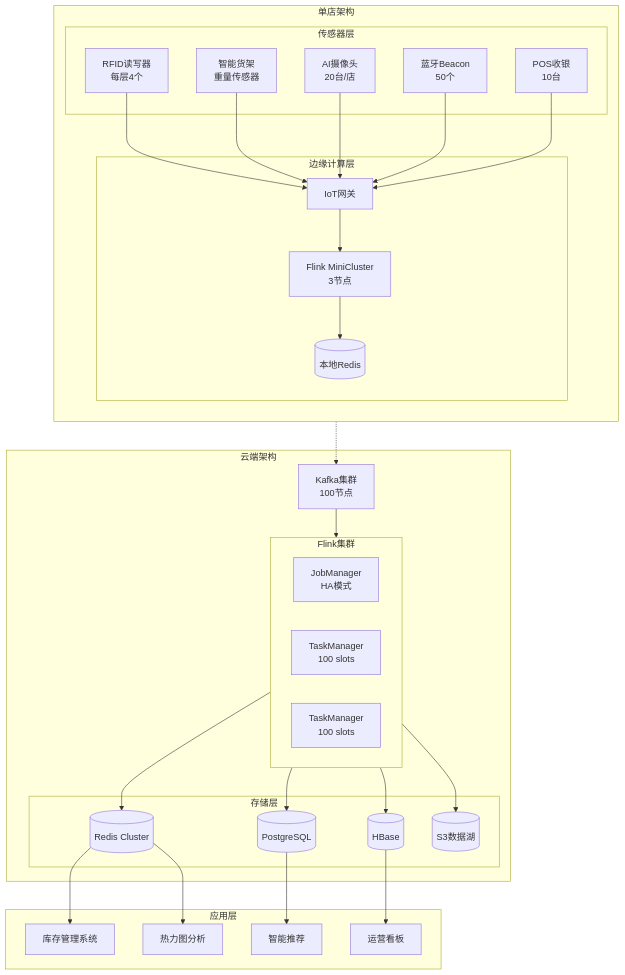
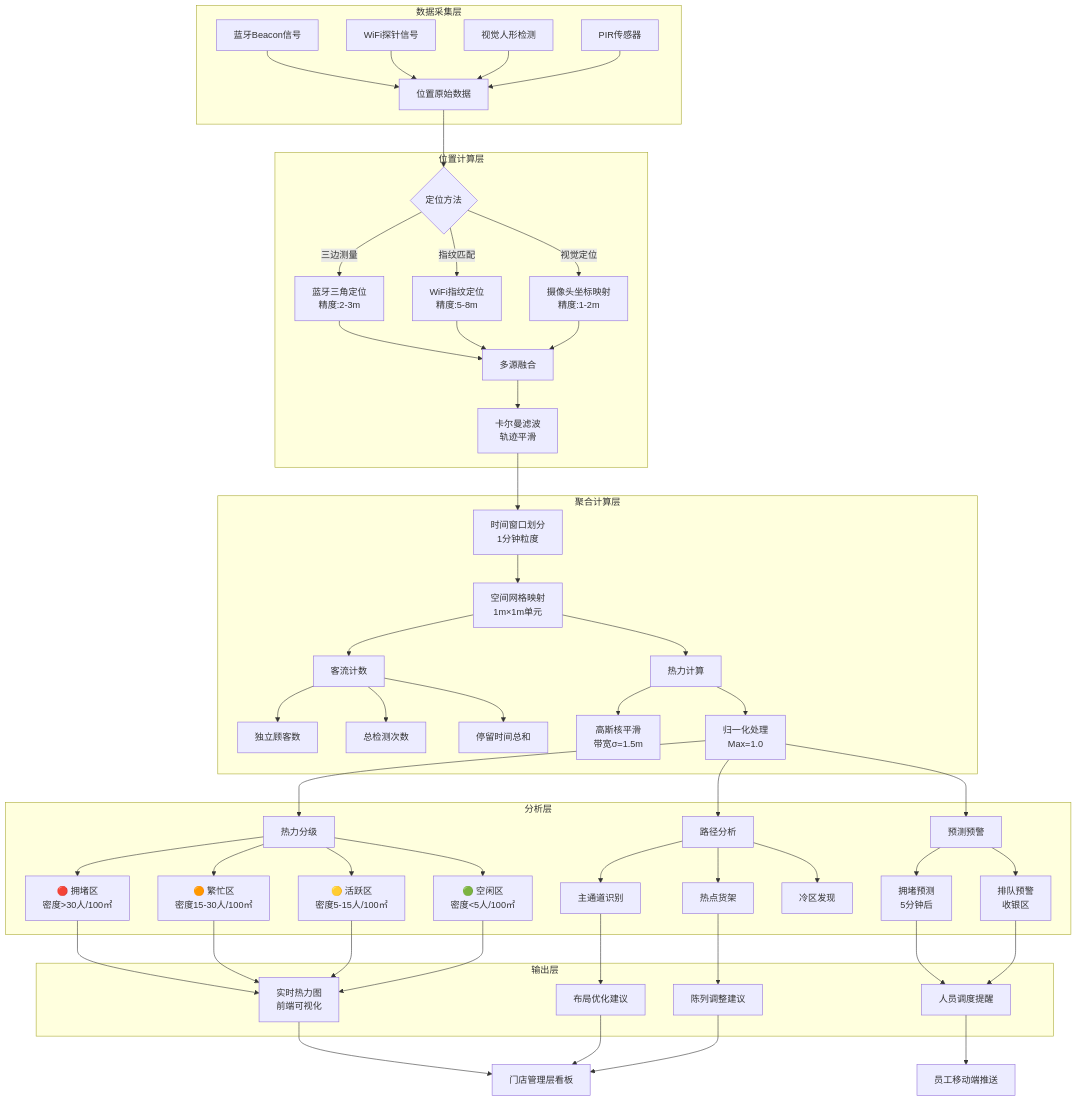
One commit to AdaMartin18010/AnalysisDataFlow changed the eighth of 10 diagrams in Flink-IoT-Authority-Alignment/Phase-7-Smart-Retail/case-smart-retail-complete.md. Above: the diagram before and after it, drawn with Mermaid. The commit also changed other lines of this file and 8 other files, not shown here.

````diff
--- a/Flink-IoT-Authority-Alignment/Phase-7-Smart-Retail/case-smart-retail-complete.md
+++ b/Flink-IoT-Authority-Alignment/Phase-7-Smart-Retail/case-smart-retail-complete.md
@@ -96,65 +4933,70 @@
 ```mermaid
-graph TB
-    subgraph Store[单店架构]
-        direction TB
-
-        subgraph Sensors[传感器层]
-            RFID[RFID读写器<br/>每层4个]
-            Weight[智能货架<br/>重量传感器]
-            Cam[AI摄像头<br/>20台/店]
-            Beacon[蓝牙Beacon<br/>50个]
-            POS[POS收银<br/>10台]
-        end
-
-        subgraph Edge[边缘计算层]
-            GW[IoT网关]
-            EdgeFlink[Flink MiniCluster<br/>3节点]
-            LocalDB[(本地Redis)]
-        end
+flowchart TD
+    subgraph DataCollection[数据采集层]
+        A1[蓝牙Beacon信号] --> A[位置原始数据]
+        A2[WiFi探针信号] --> A
+        A3[视觉人形检测] --> A
+        A4[PIR传感器] --> A
     end
 
-    subgraph Cloud[云端架构]
-        Kafka[Kafka集群<br/>100节点]
+    subgraph Positioning[位置计算层]
+        A --> B{定位方法}
+        B -->|三边测量| C1[蓝牙三角定位<br/>精度:2-3m]
+        B -->|指纹匹配| C2[WiFi指纹定位<br/>精度:5-8m]
+        B -->|视觉定位| C3[摄像头坐标映射<br/>精度:1-2m]
 
-        subgraph FlinkCluster[Flink集群]
-            JM[JobManager<br/>HA模式]
-            TM1[TaskManager<br/>100 slots]
-            TM2[TaskManager<br/>100 slots]
-        end
+        C1 --> D[多源融合]
+        C2 --> D
+        C3 --> D
 
-        subgraph Storage[存储层]
-            Redis[(Redis Cluster)]
-            PG[(PostgreSQL)]
-            HBase[(HBase)]
-            S3[(S3数据湖)]
-        end
+        D --> E[卡尔曼滤波<br/>轨迹平滑]
     end
 
-    subgraph Apps[应用层]
-        InventorySys[库存管理系统]
-        Heatmap[热力图分析]
-        Recommendation[智能推荐]
-        Dashboard[运营看板]
+    subgraph Aggregation[聚合计算层]
+        E --> F[时间窗口划分<br/>1分钟粒度]
+        F --> G[空间网格映射<br/>1m×1m单元]
+
+        G --> H[客流计数]
+        H --> H1[独立顾客数]
+        H --> H2[总检测次数]
+        H --> H3[停留时间总和]
+
+        G --> I[热力计算]
+        I --> I1[高斯核平滑<br/>带宽σ=1.5m]
+        I --> I2[归一化处理<br/>Max=1.0]
     end
 
-    RFID --> GW
-    Weight --> GW
-    Cam --> GW
-    Beacon --> GW
-    POS --> GW
+    subgraph Analysis[分析层]
+        I2 --> J[热力分级]
+        J --> J1[🔴 拥堵区<br/>密度>30人/100㎡]
+        J --> J2[🟠 繁忙区<br/>密度15-30人/100㎡]
+        J --> J3[🟡 活跃区<br/>密度5-15人/100㎡]
+        J --> J4[🟢 空闲区<br/>密度<5人/100㎡]
 
-    GW --> EdgeFlink
-    EdgeFlink --> LocalDB
-    EdgeFlink -.-> Kafka
+        I2 --> K[路径分析]
+        K --> K1[主通道识别]
+        K --> K2[热点货架]
+        K --> K3[冷区发现]
 
-    Kafka --> FlinkCluster
-    FlinkCluster --> Redis
-    FlinkCluster --> PG
-    FlinkCluster --> HBase
-    FlinkCluster --> S3
+        I2 --> L[预测预警]
+        L --> L1[拥堵预测<br/>5分钟后]
+        L --> L2[排队预警<br/>收银区]
+    end
 
-    Redis --> InventorySys
-    Redis --> Heatmap
-    PG --> Recommendation
-    HBase --> Dashboard
+    subgraph Output[输出层]
+        J1 --> M[实时热力图<br/>前端可视化]
+        J2 --> M
+        J3 --> M
+        J4 --> M
+
+        K1 --> N[布局优化建议]
+        K2 --> O[陈列调整建议]
+        L1 --> P[人员调度提醒]
+        L2 --> P
+    end
+
+    M --> Q[门店管理层看板]
+    N --> Q
+    O --> Q
+    P --> R[员工移动端推送]
 ```
````
